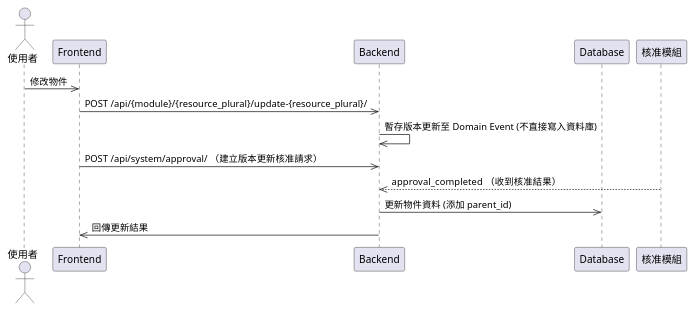
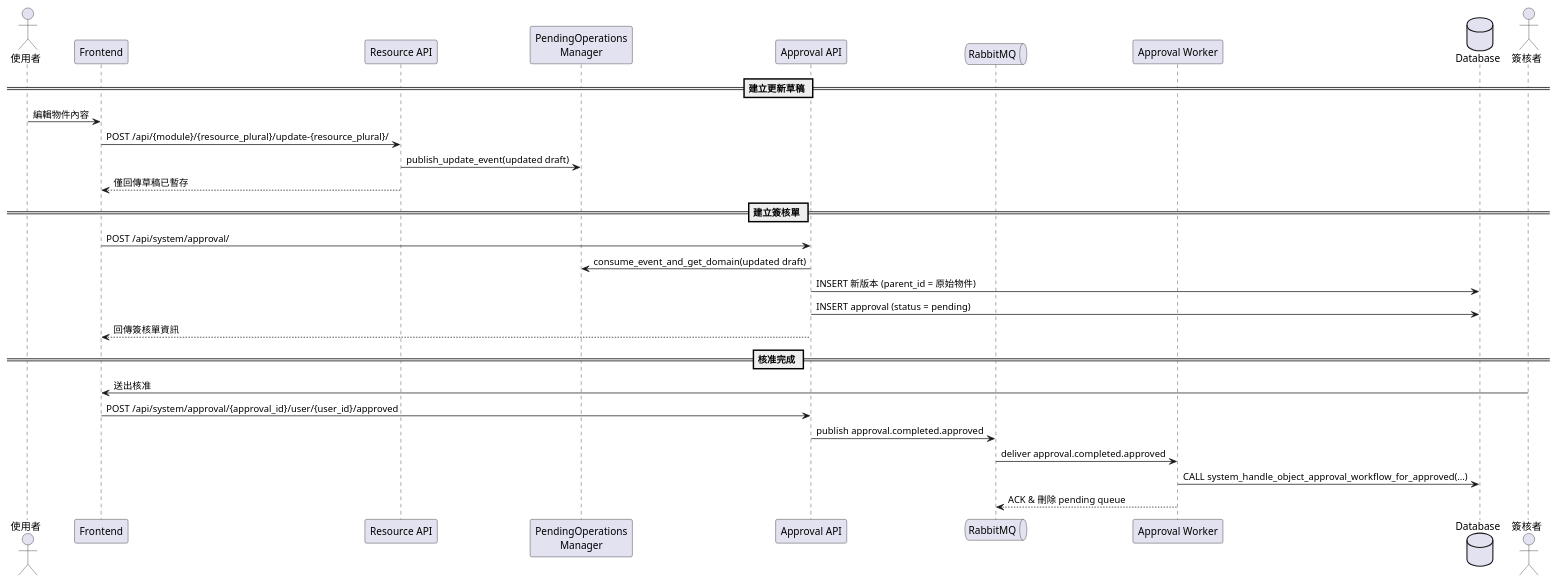
The diagram in plantUML/sequence/verison_create.puml (walle45611/NTUB_SecuManag_Diagram), drawn with PlantUML before and after one commit. The commit also changed 12 other files, not shown here.

Commit message:
feat: 更新多個流程圖，整合 AI 評估與核准流程，增強可讀性與結構

```diff
--- a/plantUML/sequence/verison_create.puml
+++ b/plantUML/sequence/verison_create.puml
@@ -1,15 +1,34 @@
 @startuml
 actor User as "使用者"
 participant Frontend
-participant Backend
-participant Database
-participant Approval as "核准模組"
+participant "Resource API" as ResourceAPI
+participant "PendingOperations\nManager" as POM
+participant "Approval API" as ApprovalAPI
+queue "RabbitMQ" as MQ
+participant "Approval Worker" as Worker
+database Database
 
-User->>Frontend: 修改物件
-Frontend->>Backend: POST /api/{module}/{resource_plural}/update-{resource_plural}/
-Backend->>Backend: 暫存版本更新至 Domain Event (不直接寫入資料庫)
-Frontend ->> Backend: POST /api/system/approval/ （建立版本更新核准請求）
-Approval -->> Backend: approval_completed  （收到核准結果）
-Backend->>Database: 更新物件資料 (添加 parent_id)
-Backend->>Frontend: 回傳更新結果
+== 建立更新草稿 ==
+User -> Frontend: 編輯物件內容
+Frontend -> ResourceAPI: POST /api/{module}/{resource_plural}/update-{resource_plural}/
+ResourceAPI -> POM: publish_update_event(updated draft)
+ResourceAPI --> Frontend: 僅回傳草稿已暫存
+
+== 建立簽核單 ==
+Frontend -> ApprovalAPI: POST /api/system/approval/
+ApprovalAPI -> POM: consume_event_and_get_domain(updated draft)
+ApprovalAPI -> Database: INSERT 新版本 (parent_id = 原始物件)
+ApprovalAPI -> Database: INSERT approval (status = pending)
+ApprovalAPI --> Frontend: 回傳簽核單資訊
+
+== 核准完成 ==
+actor Signer as "簽核者"
+Signer -> Frontend: 送出核准
+Frontend -> ApprovalAPI: POST /api/system/approval/{approval_id}/user/{user_id}/approved
+ApprovalAPI -> MQ: publish approval.completed.approved
+
+MQ -> Worker: deliver approval.completed.approved
+Worker -> Database: CALL system_handle_object_approval_workflow_for_approved(...)
+Worker --> MQ: ACK & 刪除 pending queue
+
 @enduml
```
